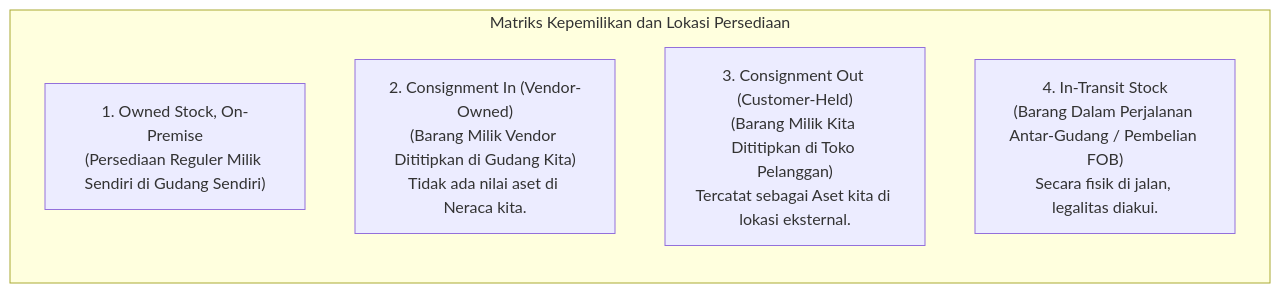
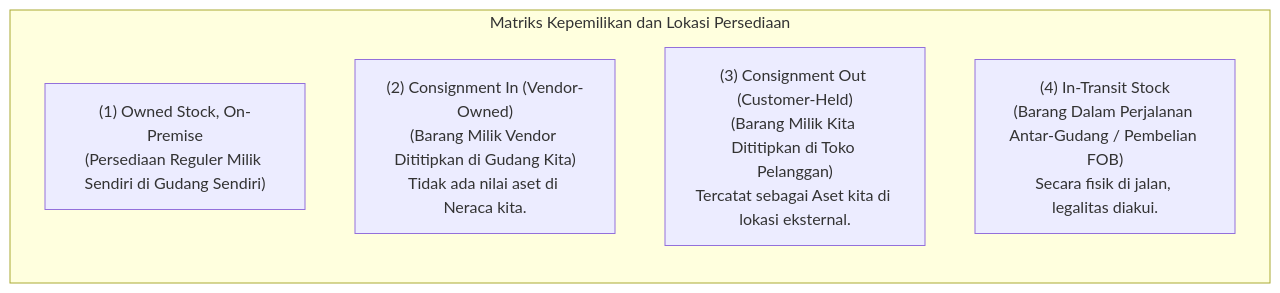
Before and after one commit to alimurrofid/erp-notes: the second of 2 diagrams in content/05-inventory/inventory-fundamentals.md, drawn with Mermaid. The commit also changed other lines of this file and 132 other files, not shown here.

````diff
--- a/content/05-inventory/inventory-fundamentals.md
+++ b/content/05-inventory/inventory-fundamentals.md
@@ -74,9 +74,9 @@
 ```mermaid
 flowchart LR
     subgraph Types["Matriks Kepemilikan dan Lokasi Persediaan"]
-        Own1["1. Owned Stock, On-Premise<br/>(Persediaan Reguler Milik Sendiri di Gudang Sendiri)"]
-        Own2["2. Consignment In (Vendor-Owned)<br/>(Barang Milik Vendor Dititipkan di Gudang Kita)<br/>Tidak ada nilai aset di Neraca kita."]
-        Own3["3. Consignment Out (Customer-Held)<br/>(Barang Milik Kita Dititipkan di Toko Pelanggan)<br/>Tercatat sebagai Aset kita di lokasi eksternal."]
-        Own4["4. In-Transit Stock<br/>(Barang Dalam Perjalanan Antar-Gudang / Pembelian FOB)<br/>Secara fisik di jalan, legalitas diakui."]
+        Own1["(1) Owned Stock, On-Premise<br/>(Persediaan Reguler Milik Sendiri di Gudang Sendiri)"]
+        Own2["(2) Consignment In (Vendor-Owned)<br/>(Barang Milik Vendor Dititipkan di Gudang Kita)<br/>Tidak ada nilai aset di Neraca kita."]
+        Own3["(3) Consignment Out (Customer-Held)<br/>(Barang Milik Kita Dititipkan di Toko Pelanggan)<br/>Tercatat sebagai Aset kita di lokasi eksternal."]
+        Own4["(4) In-Transit Stock<br/>(Barang Dalam Perjalanan Antar-Gudang / Pembelian FOB)<br/>Secara fisik di jalan, legalitas diakui."]
     end
 ```
````
